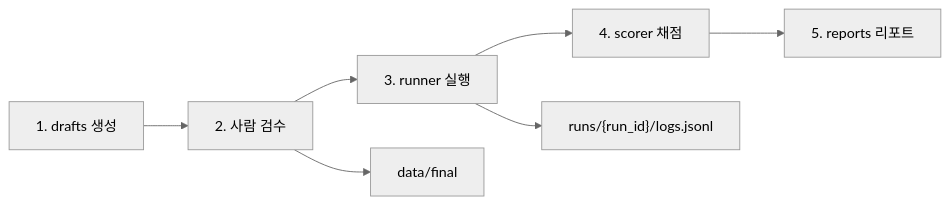
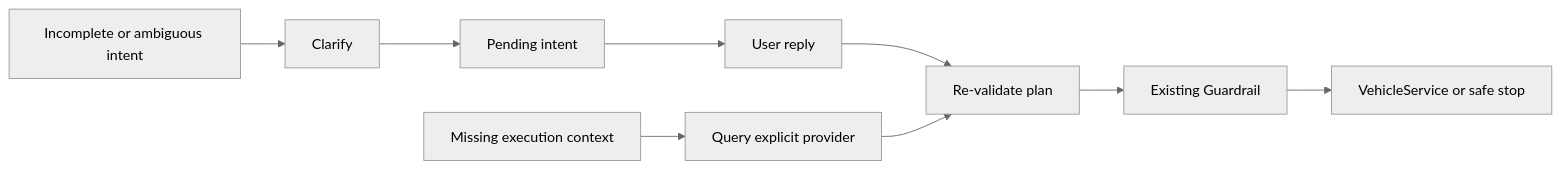
Before and after one commit to oh5050/vehicle-agent-eval: the second of 2 diagrams in README.md, drawn with Mermaid (neutral theme). The commit also changed other lines of this file, not shown here.

````diff
--- a/README.md
+++ b/README.md
@@ -44,9 +143,11 @@
 ```mermaid
 flowchart LR
-  A[1. drafts 생성] --> B[2. 사람 검수]
-  B --> C[3. runner 실행]
-  C --> D[4. scorer 채점]
-  D --> E[5. reports 리포트]
-  C --> F["runs/{run_id}/logs.jsonl"]
-  B --> G[data/final]
+    I[Incomplete or ambiguous intent] --> Q[Clarify]
+    Q --> P[Pending intent]
+    P --> U[User reply]
+    U --> R[Re-validate plan]
+    C[Missing execution context] --> V[Query explicit provider]
+    V --> R
+    R --> G[Existing Guardrail]
+    G --> E[VehicleService or safe stop]
 ```
````
